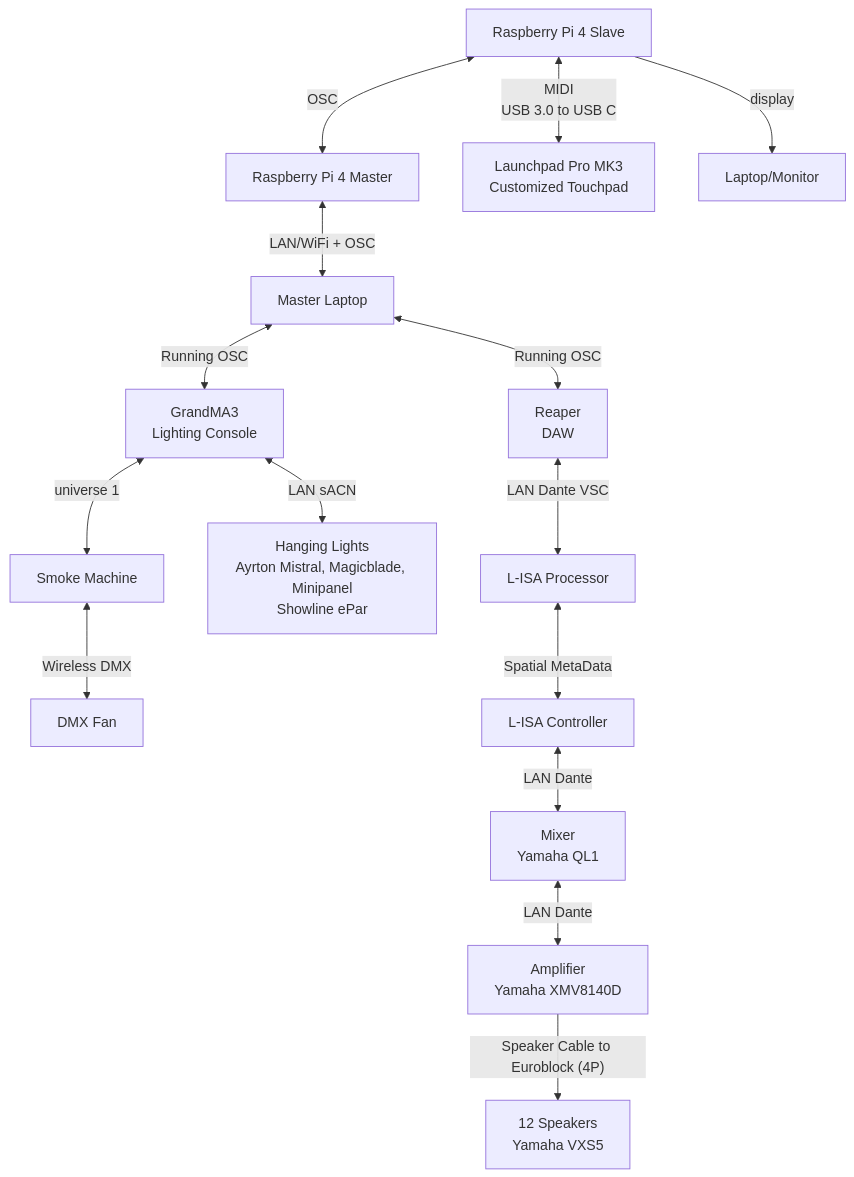
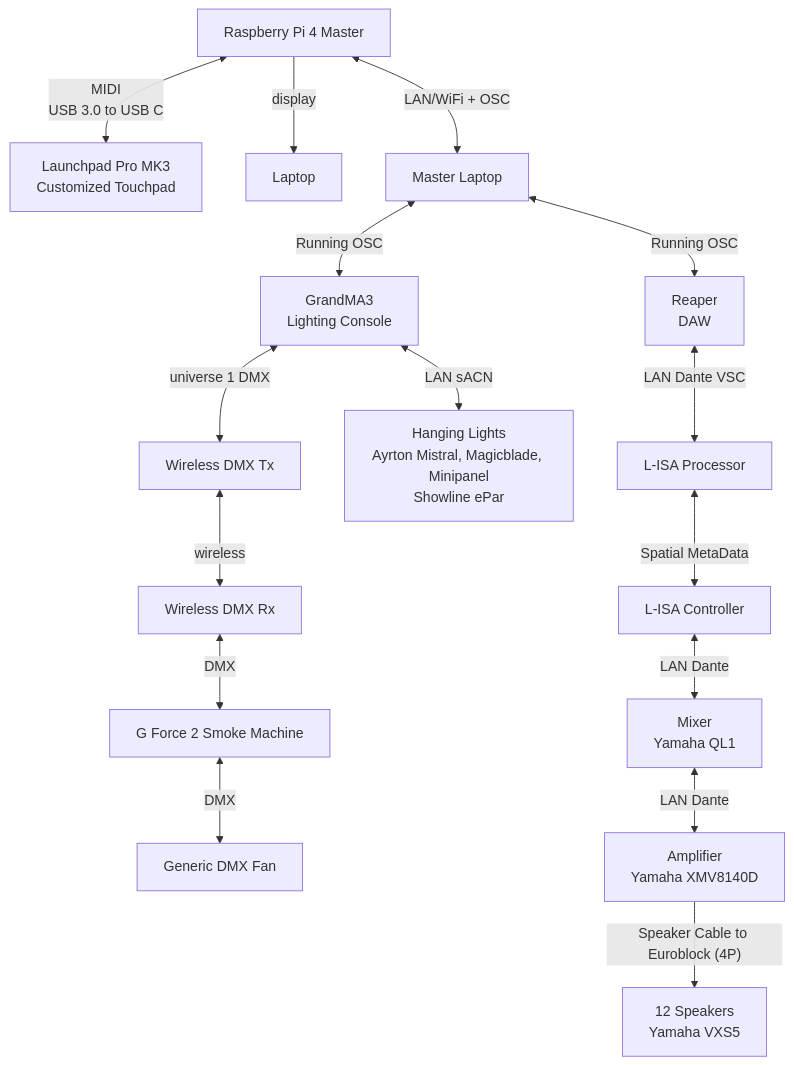
One commit to uselesskcid/EGL314-Project-S.O.N.I.C-Team-C- changed the diagram in README.md. Above: the diagram before and after it, drawn with Mermaid.

````diff
--- a/README.md
+++ b/README.md
@@ -44,22 +44,22 @@
 ```mermaid
 graph TD
+A <--MIDI<br>USB 3.0 to USB C--> K[Launchpad Pro MK3<br>Customized Touchpad] 
+A --display--> O[Laptop]
 A[Raspberry Pi 4 Master] <--LAN/WiFi + OSC --> B[Master Laptop]
 
 B <--Running OSC--> C[Reaper DAW]
 B <--Running OSC--> D[GrandMA3<br>Lighting Console]
 
 C[Reaper<br>DAW] <--LAN Dante VSC --> F[L-ISA Processor]
 
 D <--LAN sACN--> E[Hanging Lights<br>Ayrton Mistral, Magicblade, Minipanel<br>Showline ePar]
-D <--universe 1--> M[Smoke Machine]
-M <--Wireless DMX--> N[DMX Fan]
+D <--universe 1 DMX--> M[Wireless DMX Tx]
+M <--wireless--> N[Wireless DMX Rx]
+N <--DMX--> P[G Force 2 Smoke Machine]
+P <--DMX--> Q[Generic DMX Fan]
 
 F <--Spatial MetaData--> G[L-ISA Controller]
 G <--LAN Dante--> H[Mixer<br>Yamaha QL1]
 H <--LAN Dante--> I[Amplifier<br>Yamaha XMV8140D]
 I --Speaker Cable to Euroblock (4P)--> J[12 Speakers<br>Yamaha VXS5]
-
-L[Raspberry Pi 4 Slave] <--MIDI<br>USB 3.0 to USB C--> K[Launchpad Pro MK3<br>Customized Touchpad] 
-L --display--> O[Laptop/Monitor]
-L <--OSC--> A 
 ```
````
